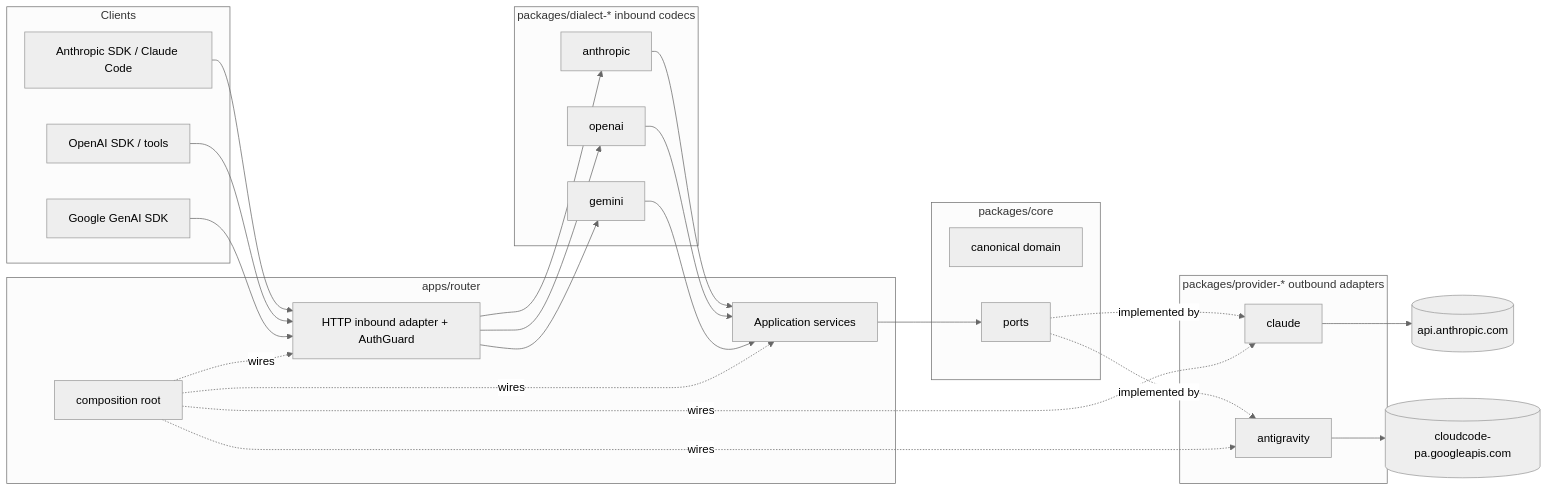
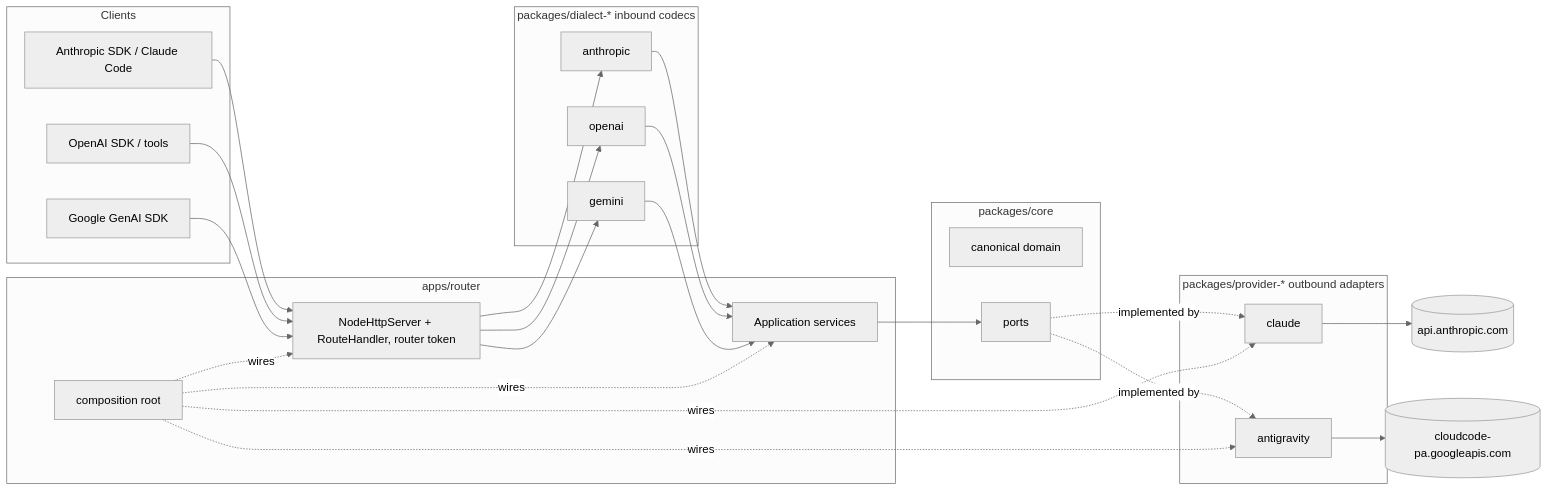
Before and after one commit to mavasbel-devtools/accounts-proxy: the diagram in README.md, drawn with Mermaid (neutral theme). The commit also changed other lines of this file and 15 other files, not shown here.

````diff
--- a/README.md
+++ b/README.md
@@ -55,35 +113,35 @@
 ```mermaid
 flowchart LR
   subgraph Clients
     A[Anthropic SDK / Claude Code]
     O[OpenAI SDK / tools]
     G[Google GenAI SDK]
   end
   subgraph apps/router
-    H[HTTP inbound adapter + AuthGuard]
+    H[NodeHttpServer + RouteHandler, router token]
     S[Application services]
     C[composition root]
   end
   subgraph dialects[packages/dialect-*  inbound codecs]
     DA[anthropic]
     DO[openai]
     DG[gemini]
   end
   subgraph core[packages/core]
     D[canonical domain]
     P[ports]
   end
   subgraph providers[packages/provider-*  outbound adapters]
     PC[claude]
     PA[antigravity]
   end
   A --> H
   O --> H
   G --> H
   H --> DA & DO & DG --> S
   S --> P
   P -.implemented by.-> PC & PA
   PC --> X[(api.anthropic.com)]
   PA --> Y[(cloudcode-pa.googleapis.com)]
   C -.wires.-> H & S & PC & PA
 ```
````
